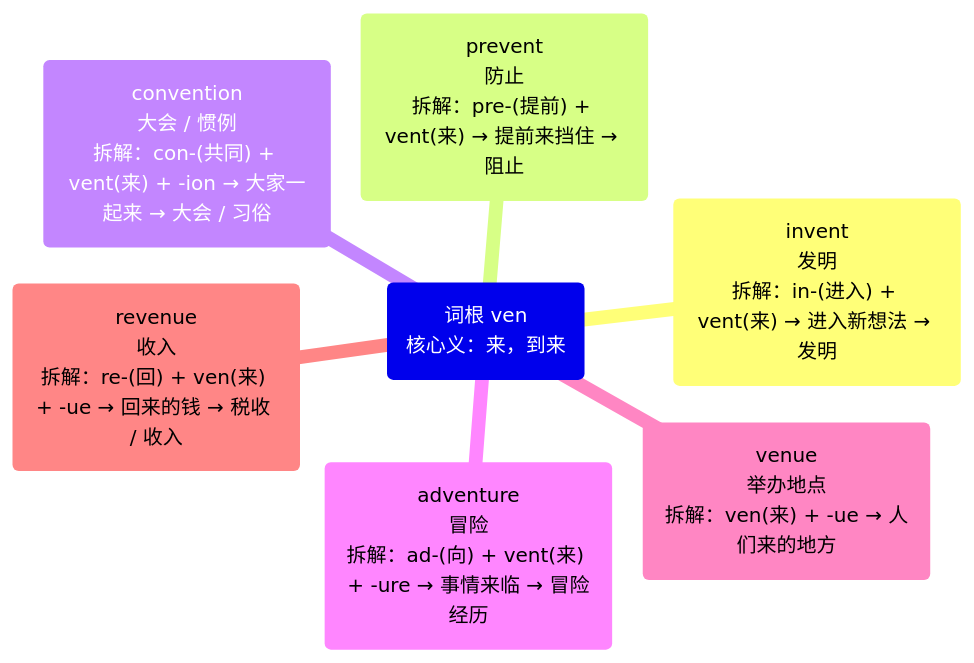
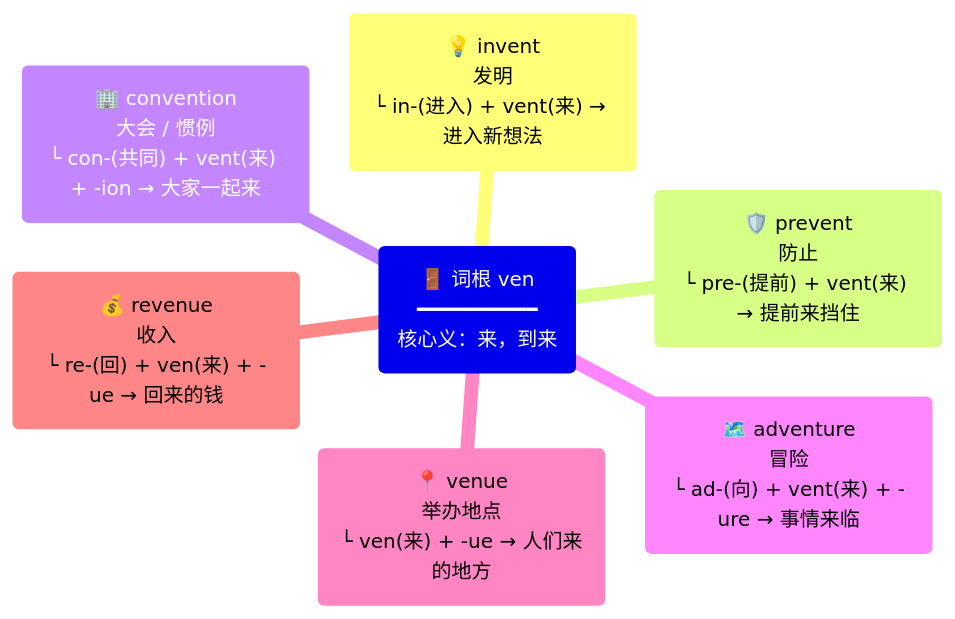
Diagram 13 of 31 in files/other/e.md (suhuide/h), drawn with Mermaid before and after one commit. The commit also changed other lines of this file, not shown here.

````diff
--- a/files/other/e.md
+++ b/files/other/e.md
@@ -136,10 +136,10 @@
 ```mermaid
 mindmap
-  root("词根 ven<br>核心义：来，到来")
-    invent("invent<br>发明<br>拆解：in-(进入) + vent(来) → 进入新想法 → 发明")
-    prevent("prevent<br>防止<br>拆解：pre-(提前) + vent(来) → 提前来挡住 → 阻止")
-    convention("convention<br>大会 / 惯例<br>拆解：con-(共同) + vent(来) + -ion → 大家一起来 → 大会 / 习俗")
-    adventure("adventure<br>冒险<br>拆解：ad-(向) + vent(来) + -ure → 事情来临 → 冒险经历")
-    venue("venue<br>举办地点<br>拆解：ven(来) + -ue → 人们来的地方")
-    revenue("revenue<br>收入<br>拆解：re-(回) + ven(来) + -ue → 回来的钱 → 税收 / 收入")
+  root("🚪 词根 ven<br>━━━━━━━━━━<br>核心义：来，到来")
+    invent("💡 invent<br>发明<br>└ in-(进入) + vent(来) → 进入新想法")
+    prevent("🛡️ prevent<br>防止<br>└ pre-(提前) + vent(来) → 提前来挡住")
+    convention("🏢 convention<br>大会 / 惯例<br>└ con-(共同) + vent(来) + -ion → 大家一起来")
+    adventure("🗺️ adventure<br>冒险<br>└ ad-(向) + vent(来) + -ure → 事情来临")
+    venue("📍 venue<br>举办地点<br>└ ven(来) + -ue → 人们来的地方")
+    revenue("💰 revenue<br>收入<br>└ re-(回) + ven(来) + -ue → 回来的钱")
 ```
````
